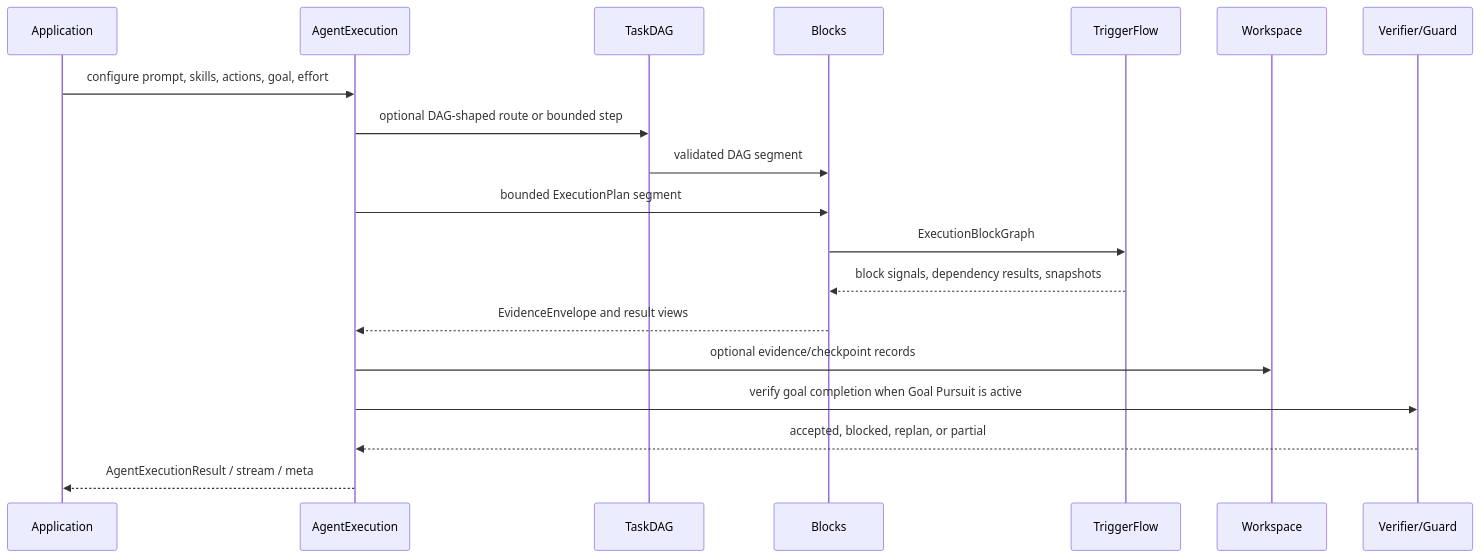
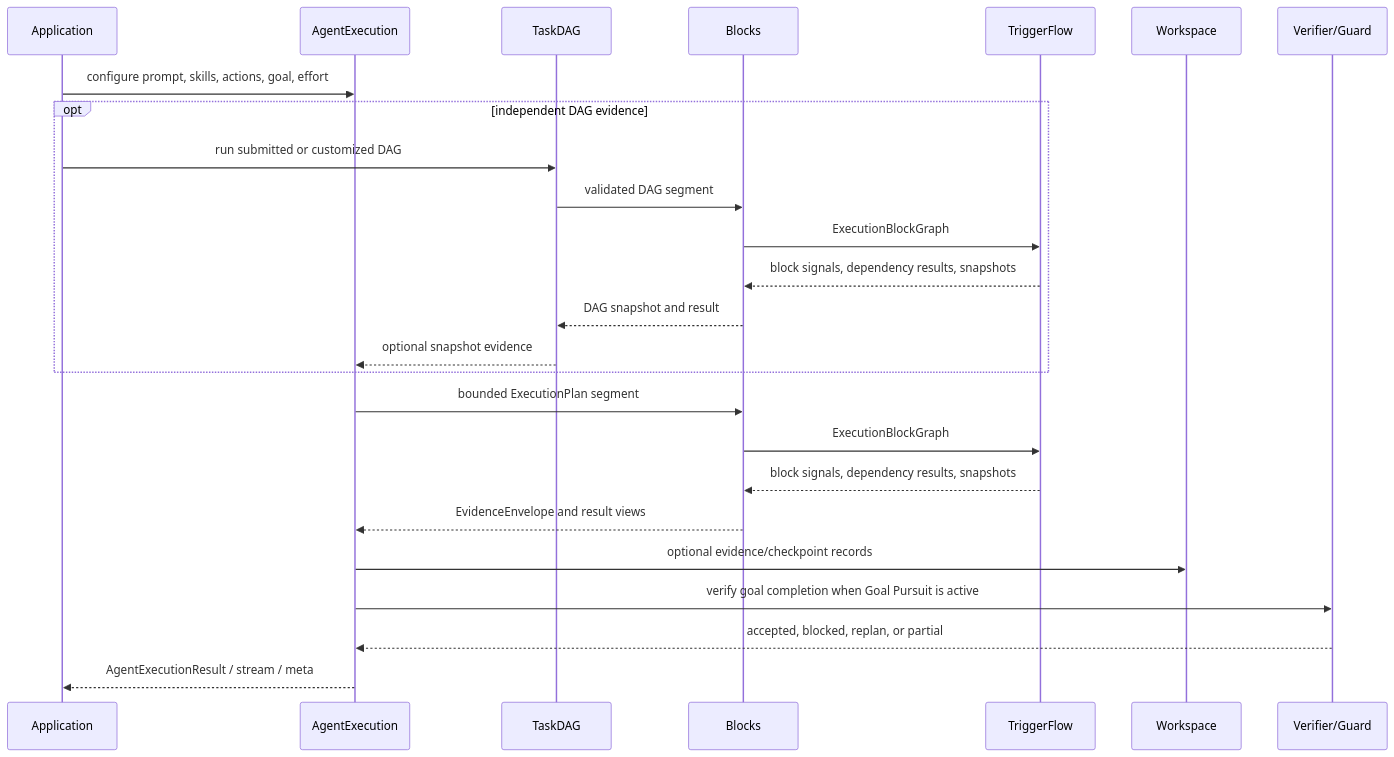
Before and after one commit to reconsumeralization/Agently: the second of 2 diagrams in docs/en/reference/execution-layer-selection.md, drawn with Mermaid. The commit also changed other lines of this file and 1 other file, not shown here.

Commit message:
docs: clarify TaskDAG evidence boundary

````diff
--- a/docs/en/reference/execution-layer-selection.md
+++ b/docs/en/reference/execution-layer-selection.md
@@ -138,22 +141,28 @@
 ```mermaid
 sequenceDiagram
     participant App as Application
     participant AE as AgentExecution
     participant DAG as TaskDAG
     participant Blocks as Blocks
     participant TF as TriggerFlow
     participant WS as Workspace
     participant V as Verifier/Guard
 
     App->>AE: configure prompt, skills, actions, goal, effort
-    AE->>DAG: optional DAG-shaped route or bounded step
-    DAG->>Blocks: validated DAG segment
+    opt independent DAG evidence
+        App->>DAG: run submitted or customized DAG
+        DAG->>Blocks: validated DAG segment
+        Blocks->>TF: ExecutionBlockGraph
+        TF-->>Blocks: block signals, dependency results, snapshots
+        Blocks-->>DAG: DAG snapshot and result
+        DAG-->>AE: optional snapshot evidence
+    end
     AE->>Blocks: bounded ExecutionPlan segment
     Blocks->>TF: ExecutionBlockGraph
     TF-->>Blocks: block signals, dependency results, snapshots
     Blocks-->>AE: EvidenceEnvelope and result views
     AE->>WS: optional evidence/checkpoint records
     AE->>V: verify goal completion when Goal Pursuit is active
     V-->>AE: accepted, blocked, replan, or partial
     AE-->>App: AgentExecutionResult / stream / meta
 ```
````
